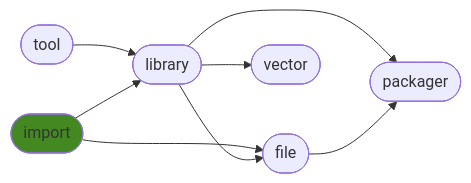
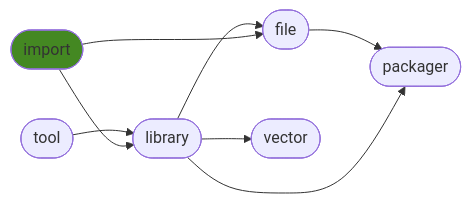
Before and after one commit to ManderaGeneral/generalimport: the diagram in README.md, drawn with Mermaid. The commit also changed other lines of this file, not shown here.

````diff
--- a/README.md
+++ b/README.md
@@ -28,17 +28,17 @@
 ```mermaid
 flowchart LR
+2([library]) --> 4([vector])
+1([tool]) --> 2([library])
+3([file]) --> 5([packager])
+2([library]) --> 3([file])
+0([import]) --> 2([library])
+0([import]) --> 3([file])
 2([library]) --> 5([packager])
-2([library]) --> 4([vector])
-3([file]) --> 5([packager])
-0([import]) --> 3([file])
-1([tool]) --> 2([library])
-0([import]) --> 2([library])
-2([library]) --> 3([file])
 click 0 "https://github.com/ManderaGeneral/generalimport"
 click 1 "https://github.com/ManderaGeneral/generaltool"
 click 2 "https://github.com/ManderaGeneral/generallibrary"
 click 3 "https://github.com/ManderaGeneral/generalfile"
 click 4 "https://github.com/ManderaGeneral/generalvector"
 click 5 "https://github.com/ManderaGeneral/generalpackager"
 style 0 fill:#482
 ```
````
